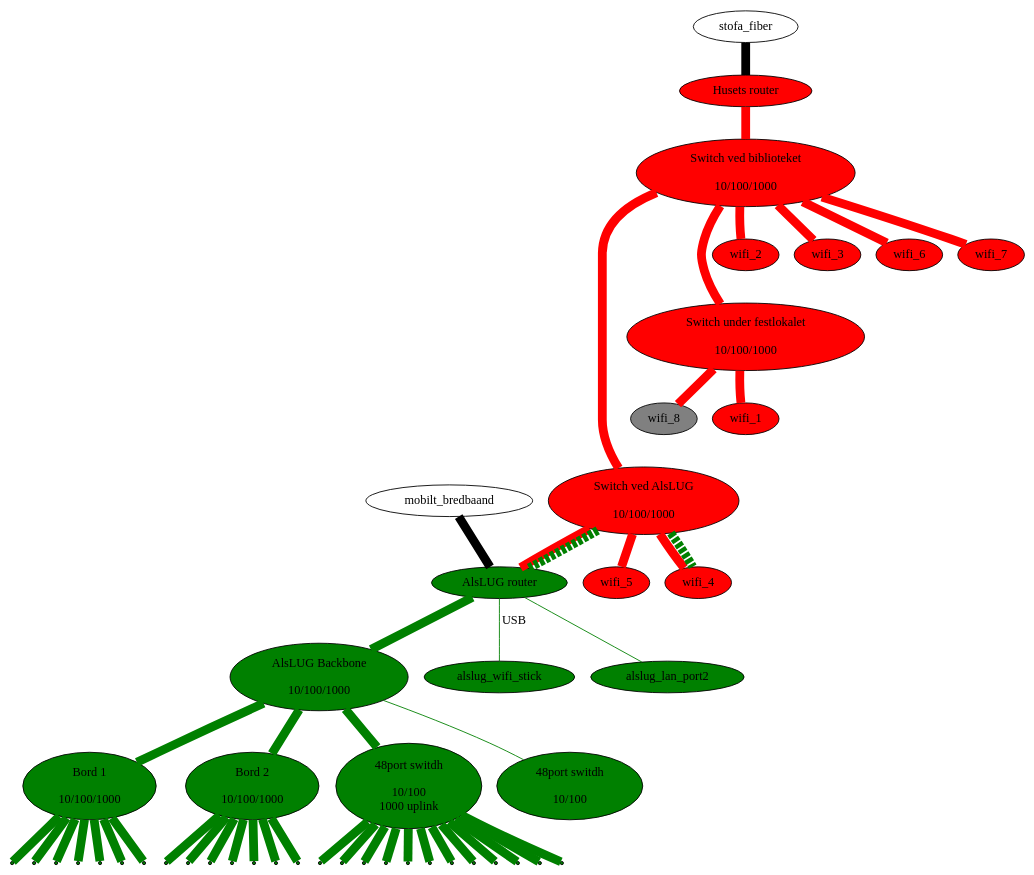
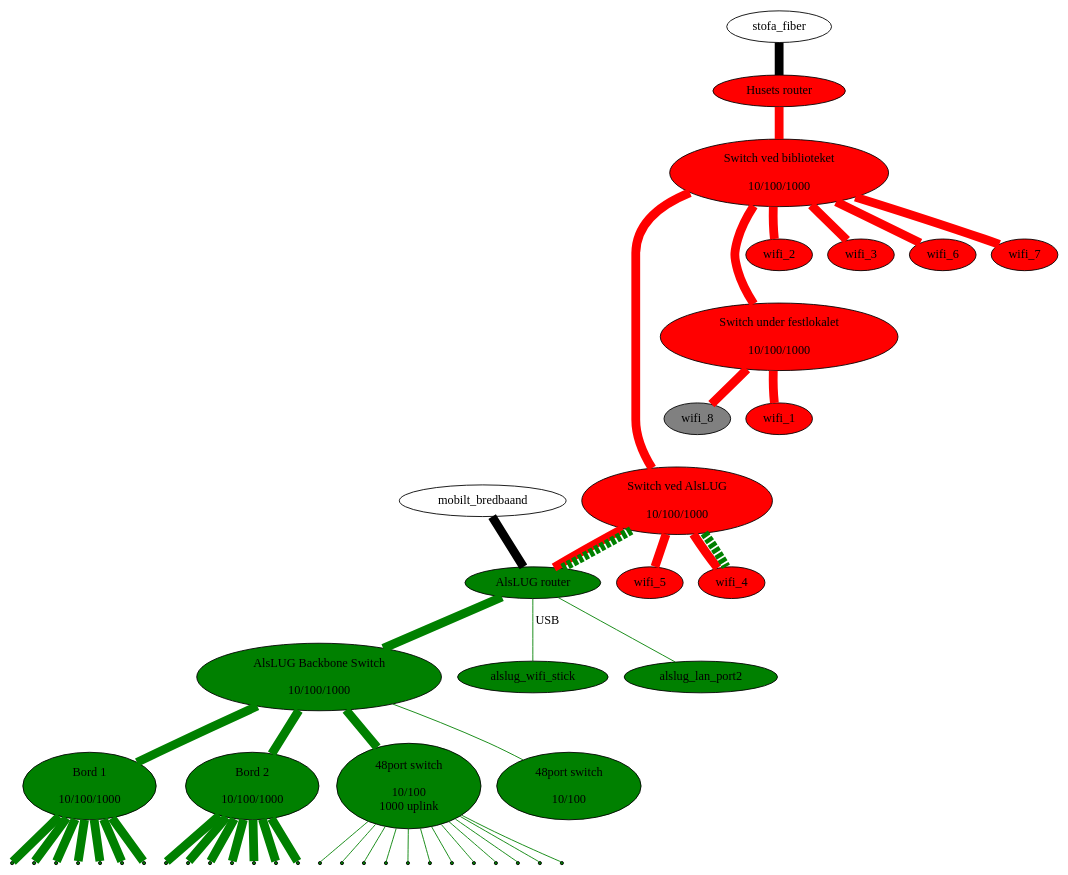
One commit to alslug/alslug.dk changed the diagram in projekter/network.dot. Above: the diagram before and after it, drawn with Graphviz.

```diff
--- a/projekter/network.dot
+++ b/projekter/network.dot
@@ -1,64 +1,64 @@
 digraph xxx {
 #  link_12a [ shape=point ];
 #  link_12b [ shape=point ];
 #  link_12c [ shape=point ];
   edge [ dir=none penwidth=10 ];
 
   node [ style=filled fillcolor=red ];
   husets_router [ label="Husets router" ];
   husets_switch_1 [ label="Switch ved biblioteket\n\n 10/100/1000" ];
   husets_switch_2 [ label="Switch ved AlsLUG\n\n 10/100/1000" ];
   festlokale_switch [ label="Switch under festlokalet\n\n 10/100/1000" ];
   wifi_1 wifi_2 wifi_3 wifi_4 wifi_5 wifi_6 wifi_7;
   wifi_8 [ fillcolor=gray ];
   
   node [ style=filled fillcolor=green ];
   alslug_router [ label="AlsLUG router" ];
-  alslug_backbone_switch [ label="AlsLUG Backbone\n\n10/100/1000"];
+  alslug_backbone_switch [ label="AlsLUG Backbone Switch\n\n10/100/1000"];
   bord_1 [ label="Bord 1\n\n10/100/1000"];
   bord_2 [ label="Bord 2\n\n10/100/1000"];
-  switch_48p [ label="48port switdh\n\n10/100\n1000 uplink"];
-  switch_48p_poe [ label="48port switdh\n\n10/100"];
+  switch_48p [ label="48port switch\n\n10/100\n1000 uplink"];
+  switch_48p_poe [ label="48port switch\n\n10/100"];
   alslug_wifi_stick alslug_lan_port2;
   
   node [ style=normal ];
   // Internet forbindelser
   stofa_fiber      -> husets_router [ fillcolor=black style=filled ];
   mobilt_bredbaand -> alslug_router [ fillcolor=black style=filled ];
   
   // Husets forbindelser
   edge  [ color=red style=solid ];
   husets_router -> husets_switch_1 -> { wifi_2 wifi_3 wifi_6 wifi_7 };
   husets_switch_1 -> husets_switch_2 -> { wifi_4 wifi_5 alslug_router};
   husets_switch_1 -> festlokale_switch -> { wifi_1 wifi_8 };
 
   // VLAN forbindelser over bakkensbros netværk
   edge  [ color=green style=dashed ];
   husets_switch_2 -> { alslug_router wifi_4 };
   
   // Interne forbindelser
   edge [ color=green style=solid ];
   alslug_router -> { alslug_backbone_switch };
   alslug_router -> alslug_wifi_stick [ penwidth=1 label="USB" ];
   alslug_router -> alslug_lan_port2 [ penwidth=1 ];
   alslug_backbone_switch -> { bord_1 bord_2 switch_48p }
   alslug_backbone_switch -> switch_48p_poe [ penwidth=1 ];
   
   node [ shape=point ];
   bord_1 -> {
                   bord_1_1 bord_1_2 bord_1_3 bord_1_4
                   bord_1_5 bord_1_6 bord_1_7
-                }
+                };
   bord_2 -> {
                   bord_2_1 bord_2_2 bord_2_3 bord_2_4
                   bord_2_5 bord_2_6 bord_2_7
-                }
+                };
   switch_48p -> {
                   switch_48p_1 switch_48p_2 switch_48p_3 switch_48p_4
                   switch_48p_5 switch_48p_6 switch_48p_7 switch_48p_8
                   switch_48p_9 switch_48p_10 switch_48p_11 switch_48p_12
-                }
+                } [ penwidth=1 ];
   
   edge [ color=invis ];
   husets_switch_1 -> wifi_2 -> festlokale_switch -> wifi_1 -> husets_switch_2;
 }
```
